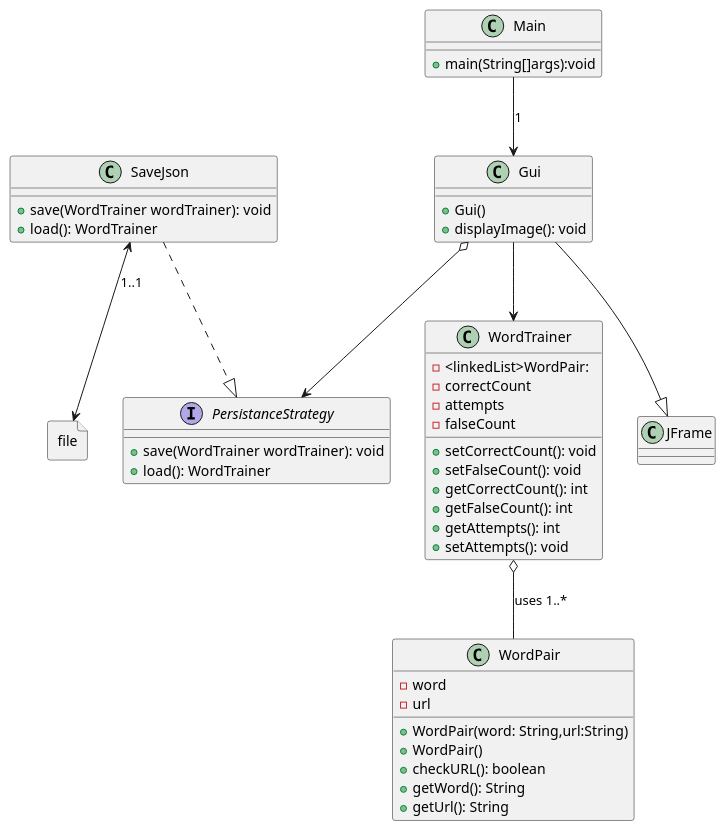
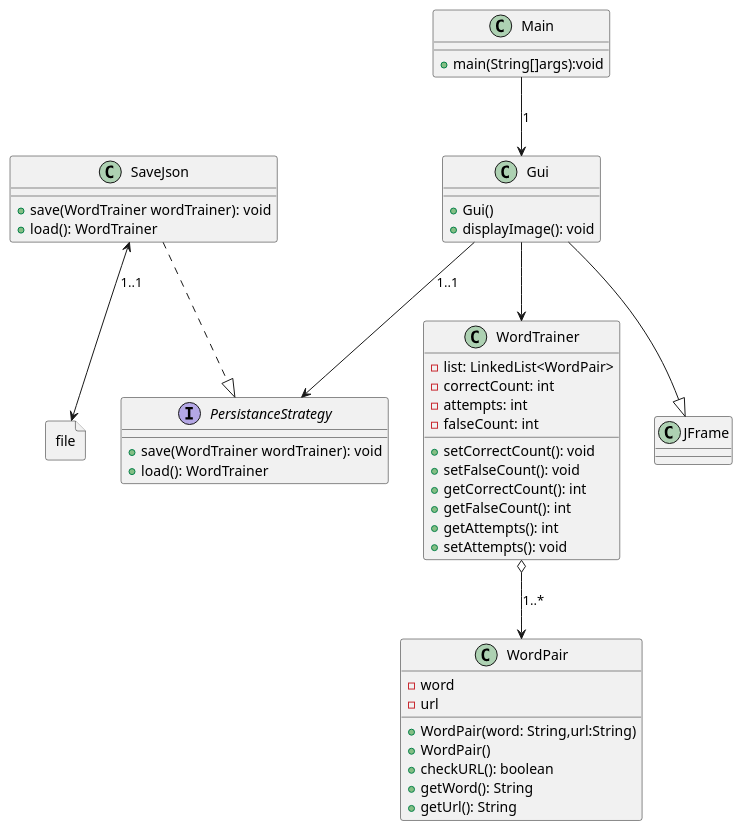
Before and after one commit to TGM-HIT/sew9-2425-worttrainer-Ubetterbisoft: the diagram in Worttrainer4/src/main/java/UML.puml, drawn with PlantUML. The commit also changed 7 other files, not shown here.

```diff
--- a/Worttrainer4/src/main/java/UML.puml
+++ b/Worttrainer4/src/main/java/UML.puml
@@ -1,65 +1,65 @@
 @startuml
 'https://plantuml.com/sequence-diagram
 
 class Main{
     +main(String[]args):void
 }
 class WordTrainer {
-    -<linkedList>WordPair:
-    -correctCount
-    -attempts
-    -falseCount
+    -list: LinkedList<WordPair>
+    -correctCount: int
+    -attempts: int
+    -falseCount: int
 
     + setCorrectCount(): void
         + setFalseCount(): void
         + getCorrectCount(): int
         + getFalseCount(): int
         + getAttempts(): int
         + setAttempts(): void
 }
 
 class WordPair {
     - word
     - url
     +WordPair(word: String,url:String)
     +WordPair()
     +checkURL(): boolean
     + getWord(): String
     + getUrl(): String
 
 
 
 }
 
 class Gui {
 
     + Gui()
     + displayImage(): void
 
 
 }
 class JFrame{
 }
 interface PersistanceStrategy{
     +save(WordTrainer wordTrainer): void
     +load(): WordTrainer
 }
 class SaveJson{
     +save(WordTrainer wordTrainer): void
     +load(): WordTrainer
 }
 
 file file{
 
 }
 
-WordTrainer o-- WordPair: uses 1..*
+WordTrainer o--> WordPair: 1..*
 Gui --> WordTrainer
-Gui o--> PersistanceStrategy
+Gui --> PersistanceStrategy: 1..1
 SaveJson <--> file:1..1
 Main --> Gui: 1
 SaveJson ..|> PersistanceStrategy
 Gui --|> JFrame
 
 
 @enduml
```
